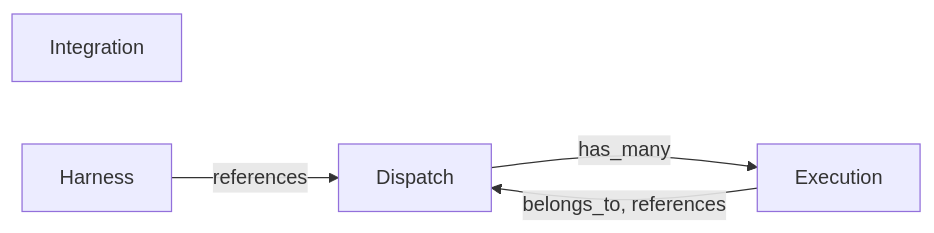
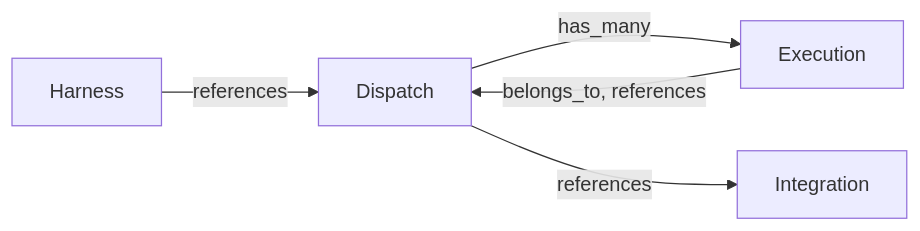
The first of 2 diagrams in docs/domain/overview.md (webgrip/ploeg), drawn with Mermaid before and after one commit. The commit also changed other lines of this file and 6 other files, not shown here.

````diff
--- a/docs/domain/overview.md
+++ b/docs/domain/overview.md
@@ -18,10 +18,11 @@
 ```mermaid
 flowchart LR
     Dispatch["Dispatch"]
     Integration["Integration"]
     Execution["Execution"]
     Harness["Harness"]
     Dispatch -->|has_many| Execution
+    Dispatch -->|references| Integration
     Execution -->|belongs_to, references| Dispatch
     Harness -->|references| Dispatch
 ```
````
